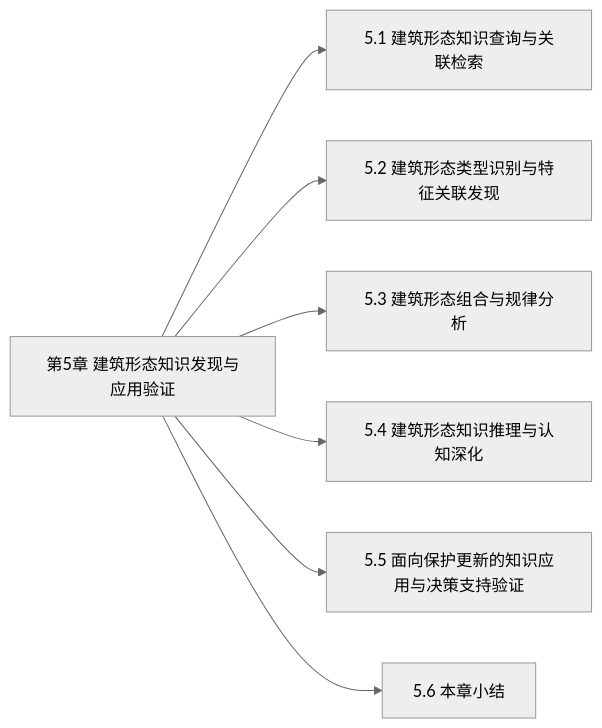
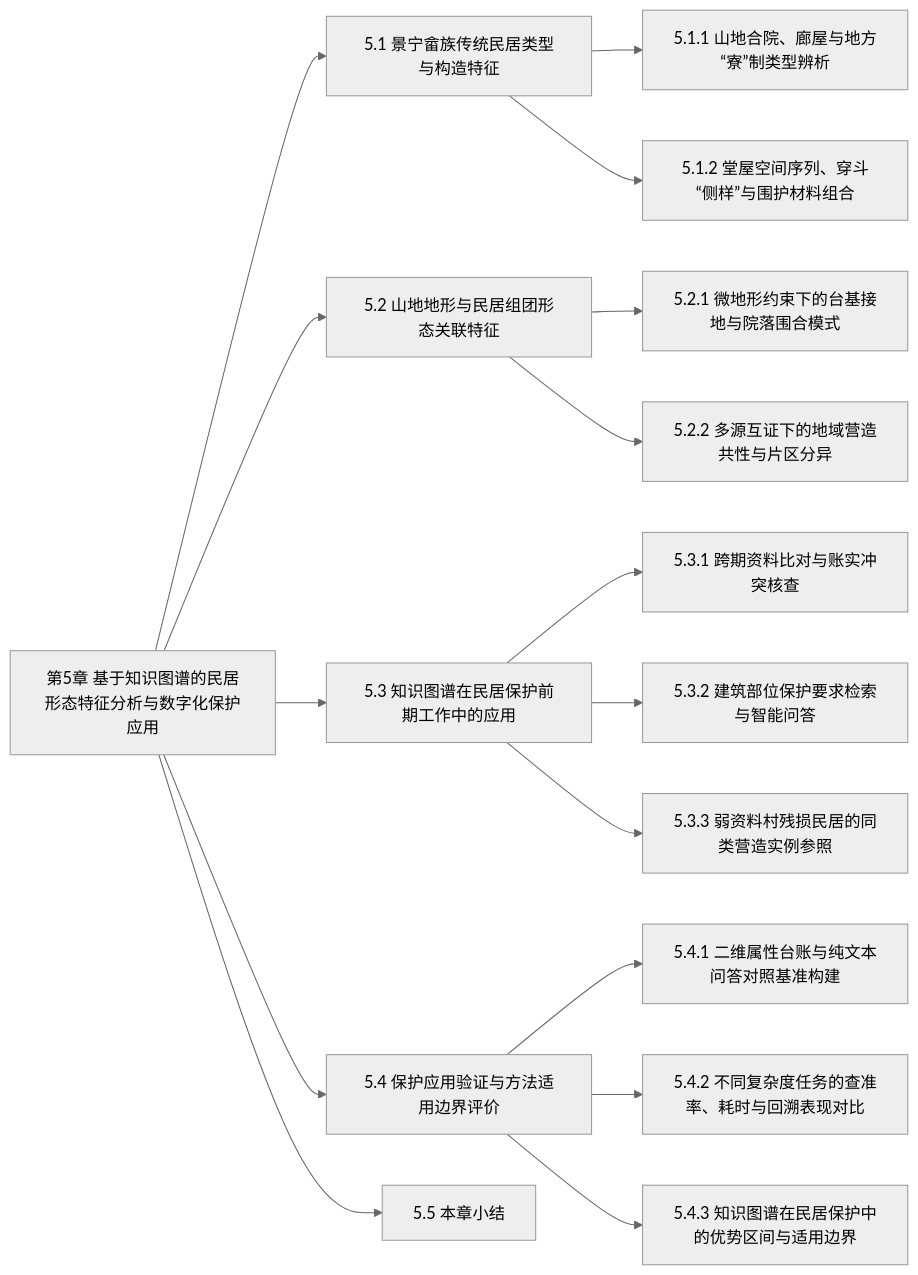
One commit to WYLINX601/Linx_paper changed the diagram in 论文章节/章节导航/05-风貌分析.md. Above: the diagram before and after it, drawn with Mermaid (neutral theme). The commit also changed other lines of this file and 35 other files, not shown here.

````diff
--- a/论文章节/章节导航/05-风貌分析.md
+++ b/论文章节/章节导航/05-风貌分析.md
@@ -84,16 +94,34 @@
 ```mermaid
 flowchart LR
-  chapter-5["第5章 建筑形态知识发现与应用验证"]
-  section-5-knowledge-query["5.1 建筑形态知识查询与关联检索"]
-  chapter-5 --> section-5-knowledge-query
-  section-5-type-discovery["5.2 建筑形态类型识别与特征关联发现"]
+  chapter-5["第5章 基于知识图谱的民居形态特征分析与数字化保护应用"]
+  section-5-type-discovery["5.1 景宁畲族传统民居类型与构造特征"]
   chapter-5 --> section-5-type-discovery
-  section-5-combination["5.3 建筑形态组合与规律分析"]
+  sub-5-1-1["5.1.1 山地合院、廊屋与地方“寮”制类型辨析"]
+  section-5-type-discovery --> sub-5-1-1
+  sub-5-1-2["5.1.2 堂屋空间序列、穿斗“侧样”与围护材料组合"]
+  section-5-type-discovery --> sub-5-1-2
+  section-5-combination["5.2 山地地形与民居组团形态关联特征"]
   chapter-5 --> section-5-combination
-  section-5-reasoning["5.4 建筑形态知识推理与认知深化"]
-  chapter-5 --> section-5-reasoning
-  section-5-application["5.5 面向保护更新的知识应用与决策支持验证"]
+  sub-5-2-1["5.2.1 微地形约束下的台基接地与院落围合模式"]
+  section-5-combination --> sub-5-2-1
+  sub-5-2-2["5.2.2 多源互证下的地域营造共性与片区分异"]
+  section-5-combination --> sub-5-2-2
+  section-5-application["5.3 知识图谱在民居保护前期工作中的应用"]
   chapter-5 --> section-5-application
-  section-5-summary["5.6 本章小结"]
+  sub-5-3-1["5.3.1 跨期资料比对与账实冲突核查"]
+  section-5-application --> sub-5-3-1
+  sub-5-3-2["5.3.2 建筑部位保护要求检索与智能问答"]
+  section-5-application --> sub-5-3-2
+  sub-5-3-3["5.3.3 弱资料村残损民居的同类营造实例参照"]
+  section-5-application --> sub-5-3-3
+  section-5-4-validation["5.4 保护应用验证与方法适用边界评价"]
+  chapter-5 --> section-5-4-validation
+  sub-5-4-1["5.4.1 二维属性台账与纯文本问答对照基准构建"]
+  section-5-4-validation --> sub-5-4-1
+  sub-5-4-2["5.4.2 不同复杂度任务的查准率、耗时与回溯表现对比"]
+  section-5-4-validation --> sub-5-4-2
+  sub-5-4-3["5.4.3 知识图谱在民居保护中的优势区间与适用边界"]
+  section-5-4-validation --> sub-5-4-3
+  section-5-summary["5.5 本章小结"]
   chapter-5 --> section-5-summary
 ```
````
